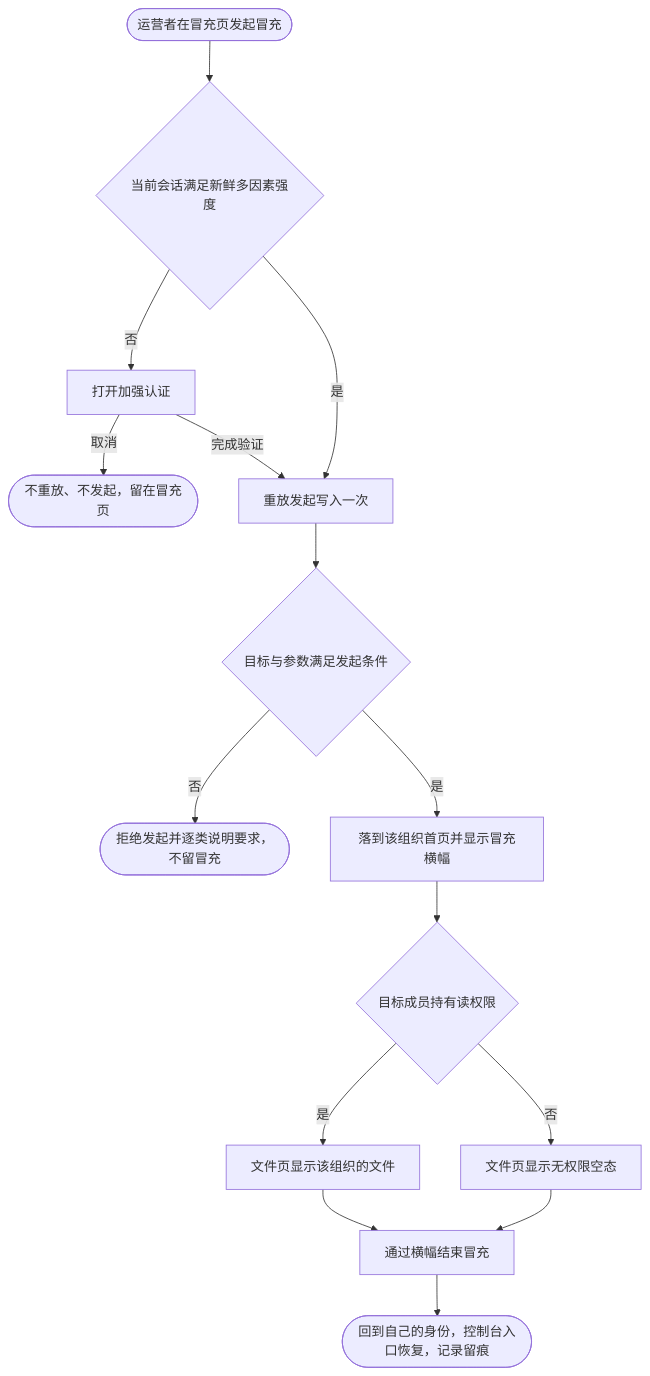
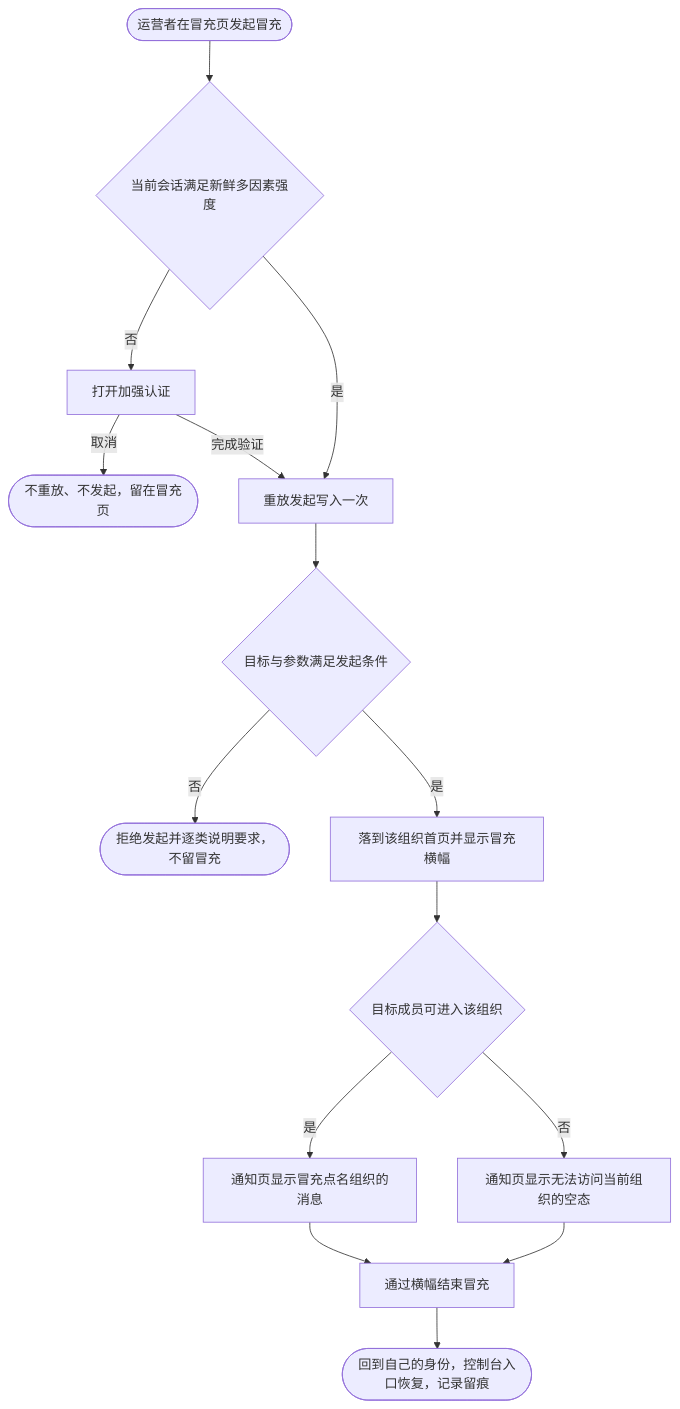
One commit to wangzw/speed changed the diagram in docs/prd/journeys/journey-impersonation-for-support.md. Above: the diagram before and after it, drawn with Mermaid. The commit also changed other lines of this file and 6 other files, not shown here.

````diff
--- a/docs/prd/journeys/journey-impersonation-for-support.md
+++ b/docs/prd/journeys/journey-impersonation-for-support.md
@@ -36,17 +36,17 @@
 ```mermaid
 flowchart TD
     start([运营者在冒充页发起冒充]) --> step{当前会话满足新鲜多因素强度}
     step -->|否| dialog[打开加强认证]
     dialog -->|取消| stop1([不重放、不发起，留在冒充页])
     dialog -->|完成验证| replay[重放发起写入一次]
     step -->|是| replay
     replay --> valid{目标与参数满足发起条件}
     valid -->|否| stop2([拒绝发起并逐类说明要求，不留冒充])
     valid -->|是| land[落到该组织首页并显示冒充横幅]
-    land --> files{目标成员持有读权限}
-    files -->|是| list[文件页显示该组织的文件]
-    files -->|否| noperm[文件页显示无权限空态]
+    land --> access{目标成员可进入该组织}
+    access -->|是| list[通知页显示冒充点名组织的消息]
+    access -->|否| noperm[通知页显示无法访问当前组织的空态]
     list --> end1[通过横幅结束冒充]
     noperm --> end1
     end1 --> done([回到自己的身份，控制台入口恢复，记录留痕])
 ```
````
